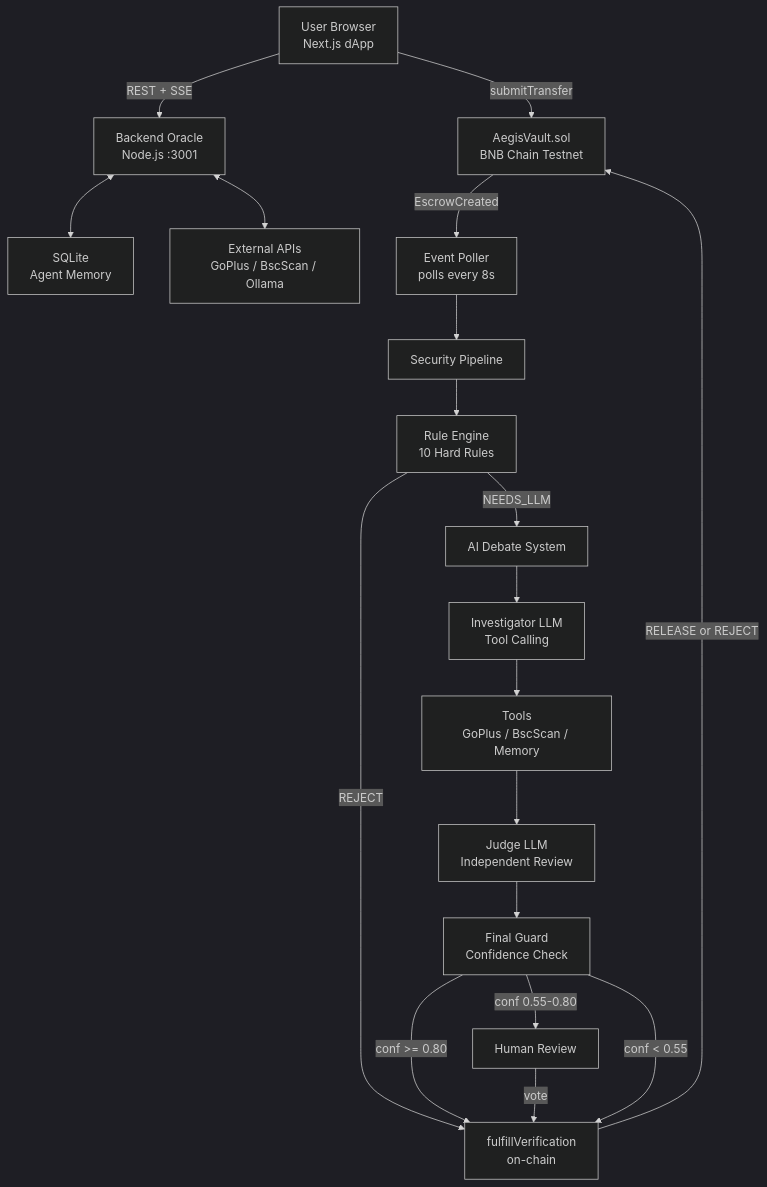
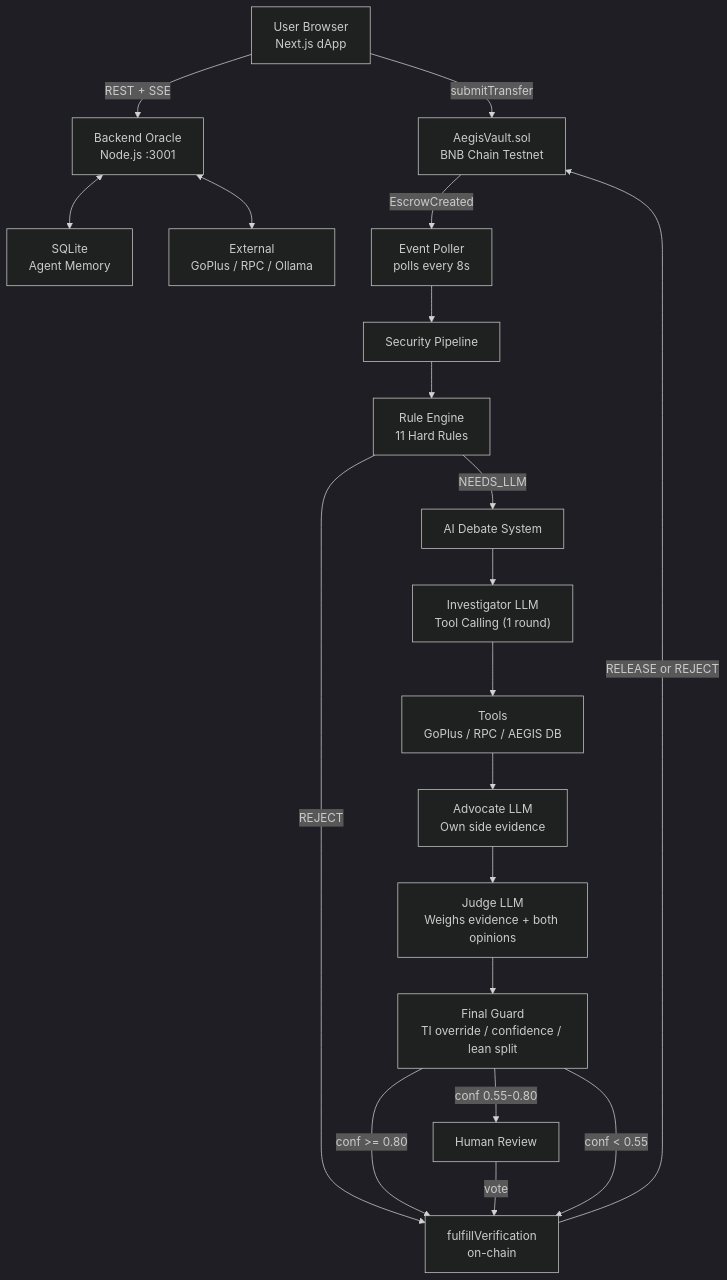
The first of 3 diagrams in README.md (hzBoydev/AEGIS), drawn with Mermaid (dark theme) before and after one commit. The commit also changed other lines of this file and 12 other files, not shown here.

First line of the commit message:
refactor: enhance rule engine logic for improved risk assessment

````diff
--- a/README.md
+++ b/README.md
@@ -95,27 +103,28 @@
 ```mermaid
 graph TD
     U["User Browser<br/>Next.js dApp"] -->|REST + SSE| B["Backend Oracle<br/>Node.js :3001"]
     U -->|submitTransfer| SC["AegisVault.sol<br/>BNB Chain Testnet"]
 
     SC -->|EscrowCreated| P["Event Poller<br/>polls every 8s"]
     P --> SP["Security Pipeline"]
 
-    SP --> RE["Rule Engine<br/>10 Hard Rules"]
+    SP --> RE["Rule Engine<br/>11 Hard Rules"]
     RE -->|REJECT| FV["fulfillVerification<br/>on-chain"]
     RE -->|NEEDS_LLM| AI["AI Debate System"]
 
-    AI --> INV["Investigator LLM<br/>Tool Calling"]
-    INV --> TOOLS["Tools<br/>GoPlus / BscScan / Memory"]
-    TOOLS --> JDG["Judge LLM<br/>Independent Review"]
-    JDG --> GRD["Final Guard<br/>Confidence Check"]
+    AI --> INV["Investigator LLM<br/>Tool Calling (1 round)"]
+    INV --> TOOLS["Tools<br/>GoPlus / RPC / AEGIS DB"]
+    TOOLS --> ADV["Advocate LLM<br/>Own side evidence"]
+    ADV --> JDG["Judge LLM<br/>Weighs evidence + both opinions"]
+    JDG --> GRD["Final Guard<br/>TI override / confidence / lean split"]
 
     GRD -->|conf >= 0.80| FV
     GRD -->|conf 0.55-0.80| HUM["Human Review"]
     GRD -->|conf < 0.55| FV
 
     HUM -->|vote| FV
     FV -->|RELEASE or REJECT| SC
 
     B <--> DB["SQLite<br/>Agent Memory"]
-    B <--> EXT["External APIs<br/>GoPlus / BscScan / Ollama"]
+    B <--> EXT["External<br/>GoPlus / RPC / Ollama"]
 ```
````
